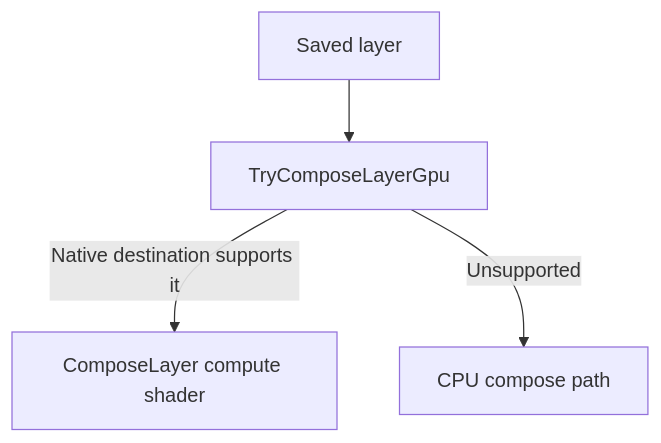
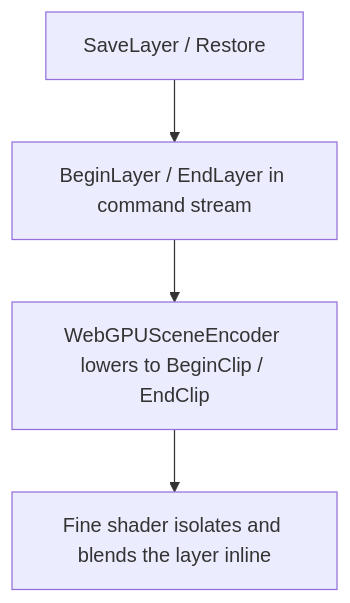
Before and after one commit to SixLabors/ImageSharp.Drawing: the second of 2 diagrams in src/ImageSharp.Drawing.WebGPU/WEBGPU_BACKEND.md, drawn with Mermaid. The commit also changed other lines of this file and 15 other files, not shown here.

Commit message:
Inline explicit layers; remove compose pass, fix issues

````diff
--- a/src/ImageSharp.Drawing.WebGPU/WEBGPU_BACKEND.md
+++ b/src/ImageSharp.Drawing.WebGPU/WEBGPU_BACKEND.md
@@ -215,6 +210,6 @@
 ```mermaid
 flowchart TD
-    A[Saved layer] --> B[TryComposeLayerGpu]
-    B -->|Native destination supports it| C[ComposeLayer compute shader]
-    B -->|Unsupported| D[CPU compose path]
+    A[SaveLayer / Restore] --> B[BeginLayer / EndLayer in command stream]
+    B --> C[WebGPUSceneEncoder lowers to BeginClip / EndClip]
+    C --> D[Fine shader isolates and blends the layer inline]
 ```
````
